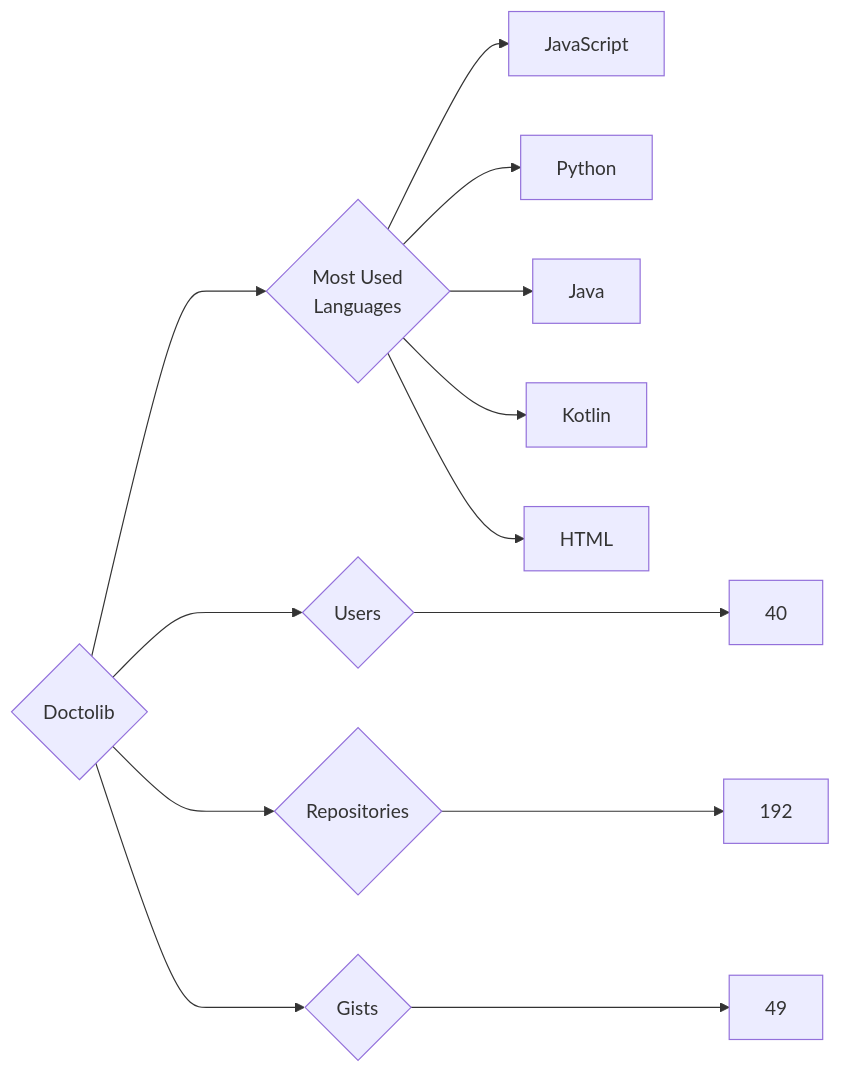
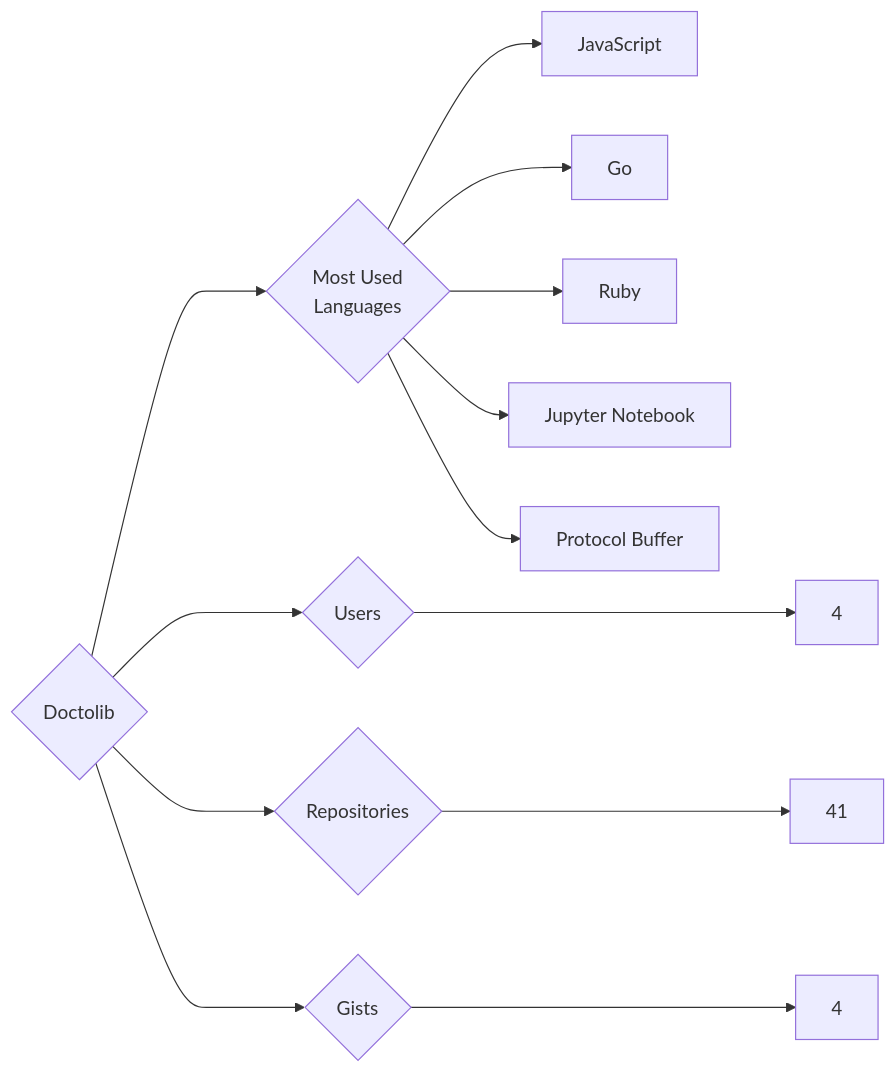
Before and after one commit to trickest/insiders: the diagram in targets/Doctolib/README.md, drawn with Mermaid. The commit also changed 1055 other files, not shown here.

````diff
--- a/targets/Doctolib/README.md
+++ b/targets/Doctolib/README.md
@@ -3,13 +3,13 @@
 ```mermaid
 graph LR
 COMPANY_NAME{Doctolib}
-COMPANY_NAME ---> U{Users} ---> UN[40]
-COMPANY_NAME ---> R{Repositories} ---> RN[192]
-COMPANY_NAME ---> G{Gists} ---> GN[49]
+COMPANY_NAME ---> U{Users} ---> UN[4]
+COMPANY_NAME ---> R{Repositories} ---> RN[41]
+COMPANY_NAME ---> G{Gists} ---> GN[4]
 COMPANY_NAME ---> ML{Most Used<br>Languages}
 ML --> JavaScript[JavaScript]
-ML --> Python[Python]
-ML --> Java[Java]
-ML --> Kotlin[Kotlin]
-ML --> HTML[HTML]
+ML --> Go[Go]
+ML --> Ruby[Ruby]
+ML --> Jupyter_Notebook[Jupyter Notebook]
+ML --> Protocol_Buffer[Protocol Buffer]
 ```
````
